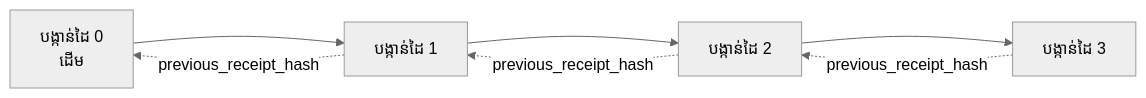
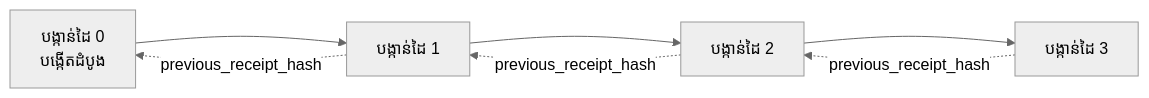
One commit to gabrielmoreira/agent-skills-mirror changed the second of 2 diagrams in mirrors/repos/microsoft@ai-agents-for-beginners/translations/km/18-securing-ai-agents/README.md. Above: the diagram before and after it, drawn with Mermaid (neutral theme). The commit also changed other lines of this file and 2285 other files, not shown here.

````diff
--- a/mirrors/repos/microsoft@ai-agents-for-beginners/translations/km/18-securing-ai-agents/README.md
+++ b/mirrors/repos/microsoft@ai-agents-for-beginners/translations/km/18-securing-ai-agents/README.md
@@ -206,9 +206,9 @@
 ```mermaid
 flowchart LR
-    R0[បង្កាន់ដៃ 0<br/>ដើម] --> R1[បង្កាន់ដៃ 1]
+    R0[បង្កាន់ដៃ 0<br/>បង្កើតដំបូង] --> R1[បង្កាន់ដៃ 1]
     R1 --> R2[បង្កាន់ដៃ 2]
     R2 --> R3[បង្កាន់ដៃ 3]
     R1 -. previous_receipt_hash .-> R0
     R2 -. previous_receipt_hash .-> R1
     R3 -. previous_receipt_hash .-> R2
 ```
````
